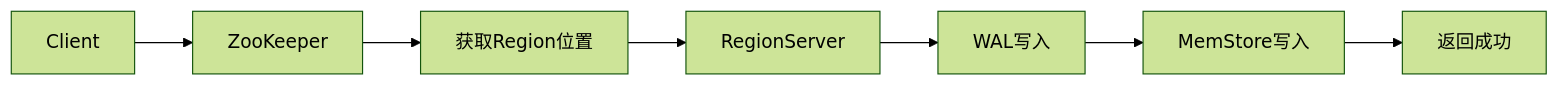
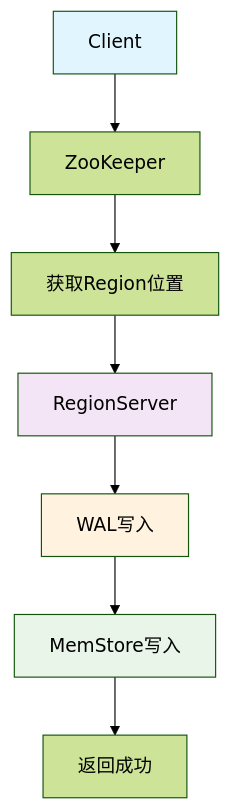
Diagram 15 of 20 in 20.hbase.md (ralph-wren/TechStack-Handbook), drawn with Mermaid (forest theme) before and after one commit. The commit also changed other lines of this file, not shown here.

````diff
--- a/20.hbase.md
+++ b/20.hbase.md
@@ -3592,9 +4950,14 @@
 ```mermaid
-graph LR
+graph TD
     A[Client] --> B[ZooKeeper]
     B --> C[获取Region位置]
     C --> D[RegionServer]
     D --> E[WAL写入]
     E --> F[MemStore写入]
     F --> G[返回成功]
+    
+    style A fill:#e1f5fe
+    style D fill:#f3e5f5
+    style E fill:#fff3e0
+    style F fill:#e8f5e8
 ```
````
